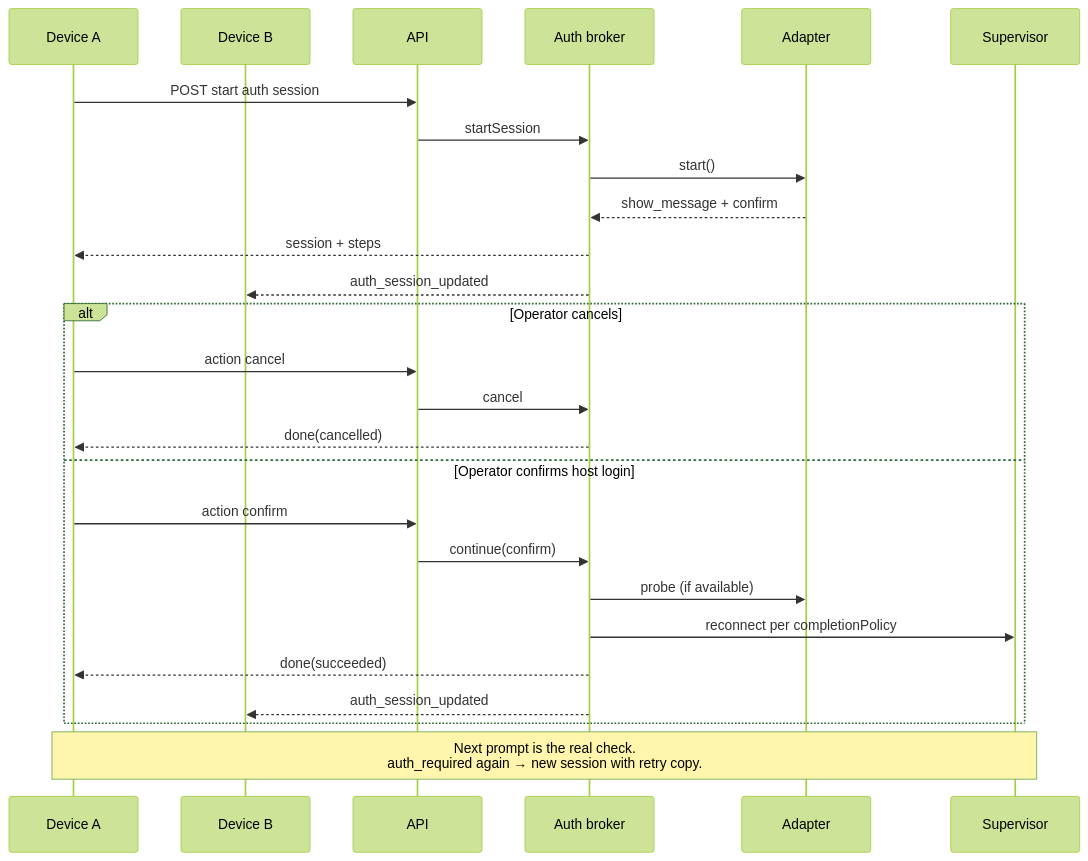
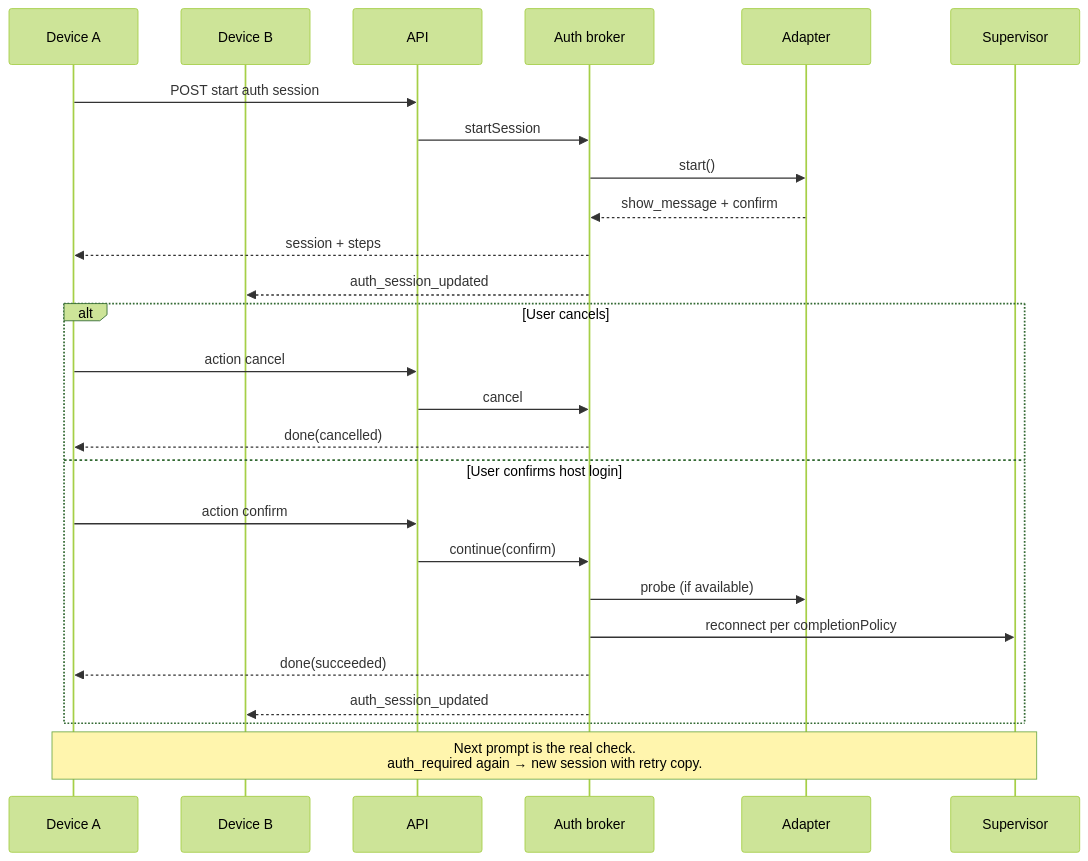
Before and after one commit to codenamegary/harold: the fourth of 7 diagrams in docs/adr/0004-agent-auth-broker.md, drawn with Mermaid (forest theme). The commit also changed other lines of this file and 38 other files, not shown here.

First line of the commit message:
refactor: replace operator with user across code and docs

````diff
--- a/docs/adr/0004-agent-auth-broker.md
+++ b/docs/adr/0004-agent-auth-broker.md
@@ -179,31 +179,31 @@
 ```mermaid
 sequenceDiagram
   participant D1 as Device A
   participant D2 as Device B
   participant API
   participant Broker as Auth broker
   participant Adapter
   participant Super as Supervisor
 
   D1->>API: POST start auth session
   API->>Broker: startSession
   Broker->>Adapter: start()
   Adapter-->>Broker: show_message + confirm
   Broker-->>D1: session + steps
   Broker-->>D2: auth_session_updated
 
-  alt Operator cancels
+  alt User cancels
     D1->>API: action cancel
     API->>Broker: cancel
     Broker-->>D1: done(cancelled)
-  else Operator confirms host login
+  else User confirms host login
     D1->>API: action confirm
     API->>Broker: continue(confirm)
     Broker->>Adapter: probe (if available)
     Broker->>Super: reconnect per completionPolicy
     Broker-->>D1: done(succeeded)
     Broker-->>D2: auth_session_updated
   end
 
   Note over D1,Super: Next prompt is the real check.<br/>auth_required again → new session with retry copy.
 ```
````
